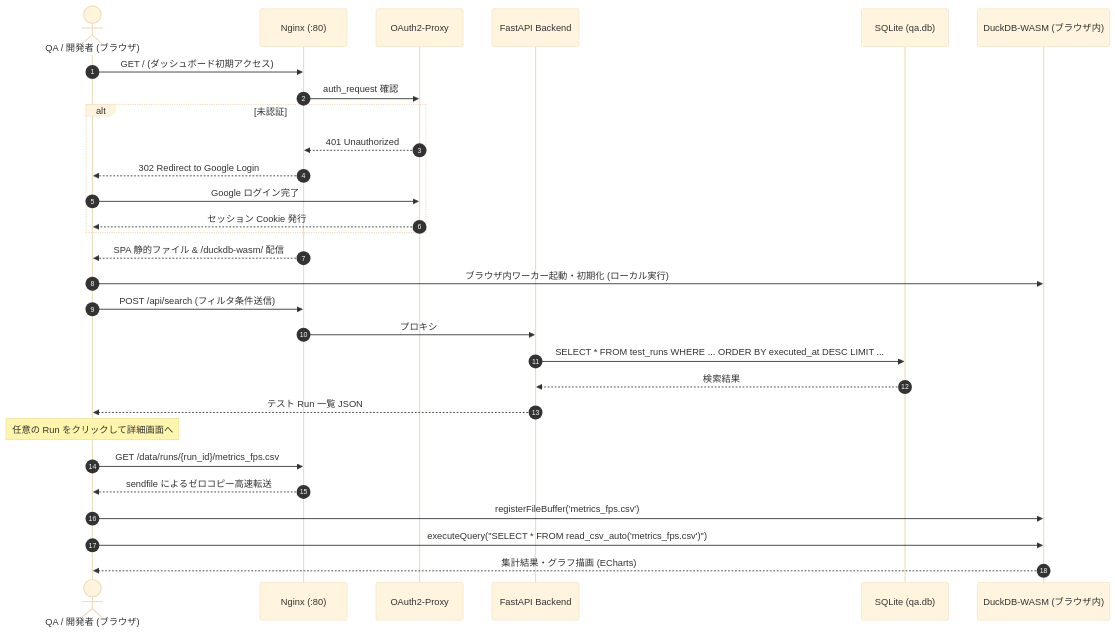
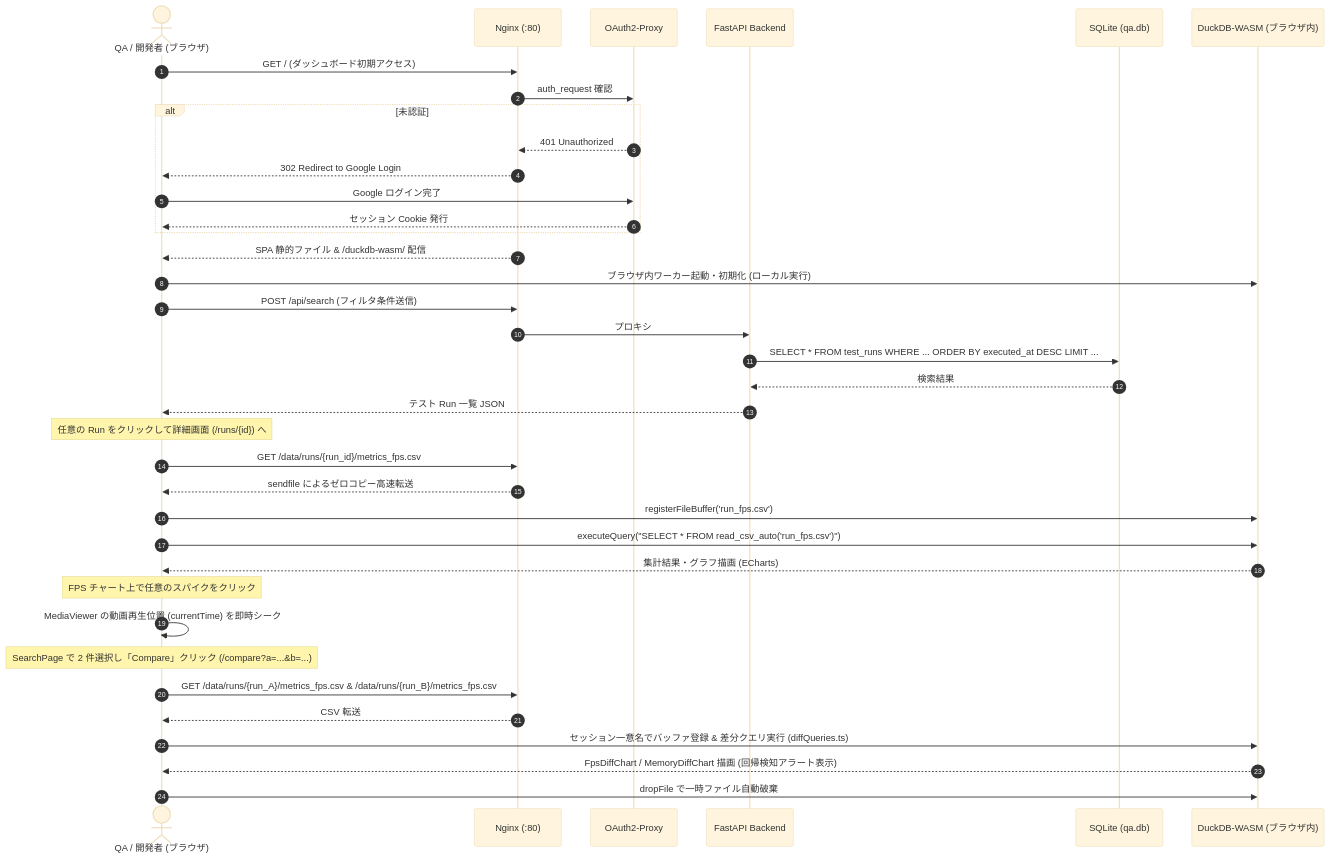
The third of 3 diagrams in docs/architecture.md (y-akahori-ramen/game-db), drawn with Mermaid (base theme) before and after one commit. The commit also changed other lines of this file and 10 other files, not shown here.

````diff
--- a/docs/architecture.md
+++ b/docs/architecture.md
@@ -312,35 +392,49 @@
 ```mermaid
 sequenceDiagram
     autonumber
     actor User as QA / 開発者 (ブラウザ)
     participant Nginx as Nginx (:80)
     participant OAuth as OAuth2-Proxy
     participant Backend as FastAPI Backend
     participant DB as SQLite (qa.db)
     participant DuckDB as DuckDB-WASM (ブラウザ内)
 
     User->>Nginx: GET / (ダッシュボード初期アクセス)
     Nginx->>OAuth: auth_request 確認
     alt 未認証
         OAuth-->>Nginx: 401 Unauthorized
         Nginx-->>User: 302 Redirect to Google Login
         User->>OAuth: Google ログイン完了
         OAuth-->>User: セッション Cookie 発行
     end
     Nginx-->>User: SPA 静的ファイル & /duckdb-wasm/ 配信
 
     User->>DuckDB: ブラウザ内ワーカー起動・初期化 (ローカル実行)
 
+    %% 検索フロー
     User->>Nginx: POST /api/search (フィルタ条件送信)
     Nginx->>Backend: プロキシ
     Backend->>DB: SELECT * FROM test_runs WHERE ... ORDER BY executed_at DESC LIMIT ...
     DB-->>Backend: 検索結果
     Backend-->>User: テスト Run 一覧 JSON
 
-    Note over User: 任意の Run をクリックして詳細画面へ
+    %% 詳細閲覧フロー
+    Note over User: 任意の Run をクリックして詳細画面 (/runs/{id}) へ
     User->>Nginx: GET /data/runs/{run_id}/metrics_fps.csv
     Nginx-->>User: sendfile によるゼロコピー高速転送
-    User->>DuckDB: registerFileBuffer('metrics_fps.csv')
-    User->>DuckDB: executeQuery("SELECT * FROM read_csv_auto('metrics_fps.csv')")
+    User->>DuckDB: registerFileBuffer('run_fps.csv')
+    User->>DuckDB: executeQuery("SELECT * FROM read_csv_auto('run_fps.csv')")
     DuckDB-->>User: 集計結果・グラフ描画 (ECharts)
+
+    %% タイムライン同期フロー
+    Note over User: FPS チャート上で任意のスパイクをクリック
+    User->>User: MediaViewer の動画再生位置 (currentTime) を即時シーク
+
+    %% 比較フロー
+    Note over User: SearchPage で 2 件選択し「Compare」クリック (/compare?a=...&b=...)
+    User->>Nginx: GET /data/runs/{run_A}/metrics_fps.csv & /data/runs/{run_B}/metrics_fps.csv
+    Nginx-->>User: CSV 転送
+    User->>DuckDB: セッション一意名でバッファ登録 & 差分クエリ実行 (diffQueries.ts)
+    DuckDB-->>User: FpsDiffChart / MemoryDiffChart 描画 (回帰検知アラート表示)
+    User->>DuckDB: dropFile で一時ファイル自動破棄
 ```
````
